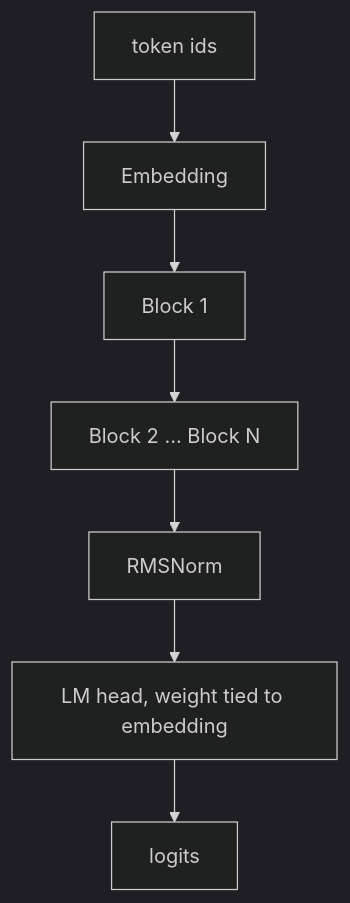
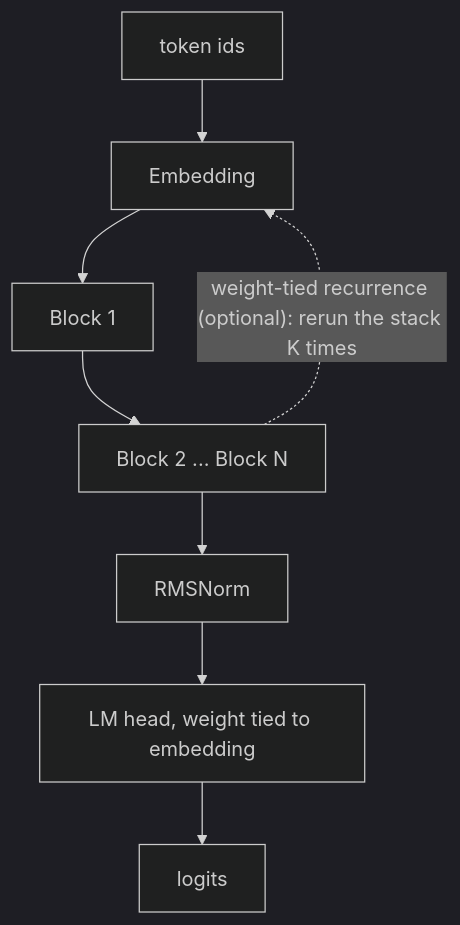
Before and after one commit to hackspaces/blueshark: the first of 2 diagrams in README.md, drawn with Mermaid (dark theme). The commit also changed other lines of this file and 1 other file, not shown here.

````diff
--- a/README.md
+++ b/README.md
@@ -11,9 +30,10 @@
 ```mermaid
 flowchart TD
   A[token ids] --> B[Embedding]
   B --> C[Block 1]
   C --> D[Block 2 ... Block N]
+  D -. "weight-tied recurrence (optional): rerun the stack K times" .-> B
   D --> E[RMSNorm]
   E --> F[LM head, weight tied to embedding]
   F --> G[logits]
 ```
````
